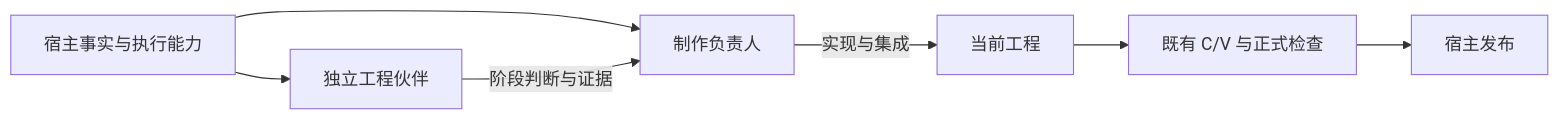
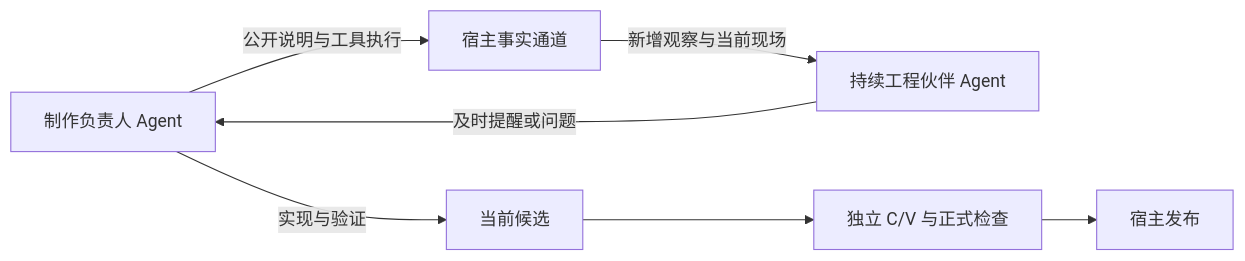
The diagram in docs/03_ARCHITECTURE/software-engineering-baseline.md (Xia-Haochen/Bloma), drawn with Mermaid before and after one commit. The commit also changed other lines of this file and 20 other files, not shown here.

````diff
--- a/docs/03_ARCHITECTURE/software-engineering-baseline.md
+++ b/docs/03_ARCHITECTURE/software-engineering-baseline.md
@@ -43,9 +35,9 @@
 ```mermaid
 flowchart LR
-  H[宿主事实与执行能力] --> A[制作负责人]
-  H --> P[独立工程伙伴]
-  P -->|阶段判断与证据| A
-  A -->|实现与集成| W[当前工程]
-  W --> Q[既有 C/V 与正式检查]
+  A[制作负责人 Agent] -->|公开说明与工具执行| H[宿主事实通道]
+  H -->|新增观察与当前现场| P[持续工程伙伴 Agent]
+  P -->|及时提醒或问题| A
+  A -->|实现与验证| W[当前候选]
+  W --> Q[独立 C/V 与正式检查]
   Q --> D[宿主发布]
 ```
````
